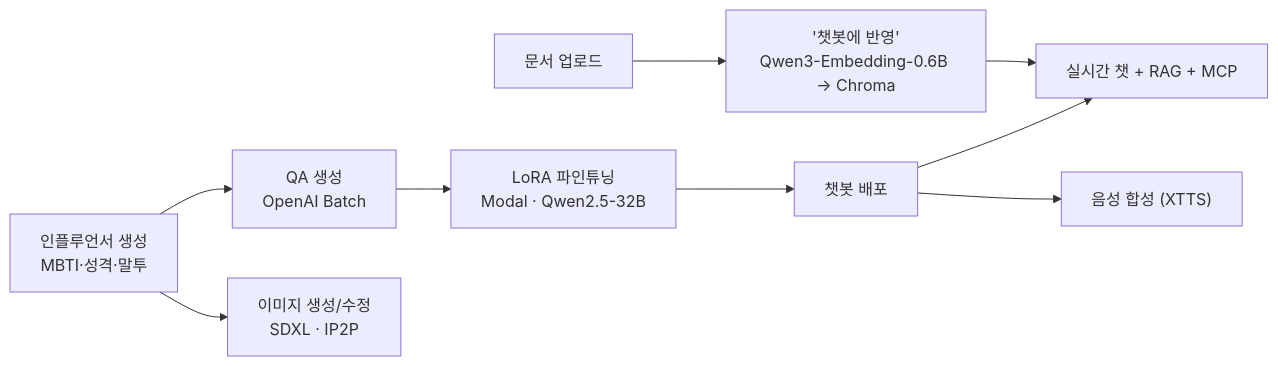
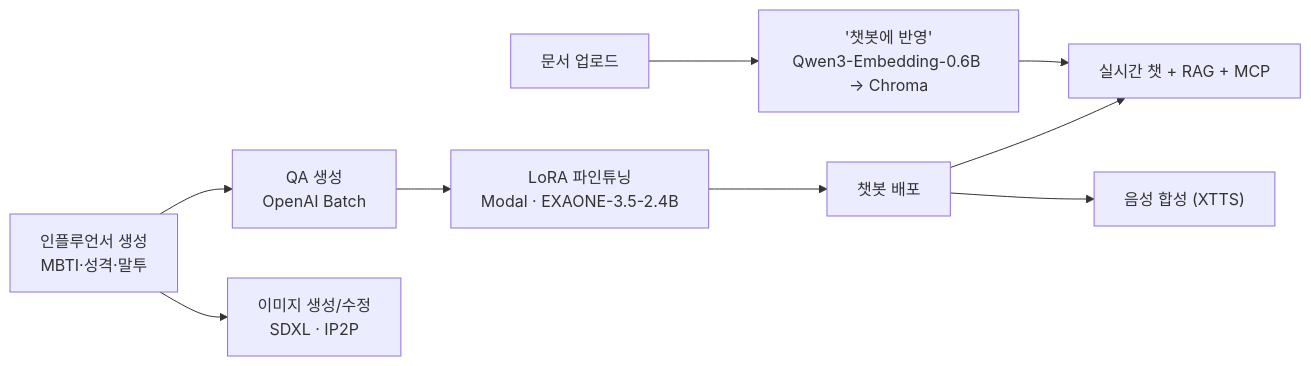
The second of 3 diagrams in README.md (GTU9/AIMEX), drawn with Mermaid before and after one commit. The commit also changed other lines of this file and 6 other files, not shown here.

````diff
--- a/README.md
+++ b/README.md
@@ -228,10 +228,10 @@
 ```mermaid
 flowchart LR
     A["인플루언서 생성<br/>MBTI·성격·말투"] --> B["QA 생성<br/>OpenAI Batch"]
-    B --> C["LoRA 파인튜닝<br/>Modal · Qwen2.5-32B"]
+    B --> C["LoRA 파인튜닝<br/>Modal · EXAONE-3.5-2.4B"]
     C --> D["챗봇 배포"]
     D --> E1["실시간 챗 + RAG + MCP"]
     D --> E2["음성 합성 (XTTS)"]
     A --> F["이미지 생성/수정<br/>SDXL · IP2P"]
     G["문서 업로드"] --> H["'챗봇에 반영'<br/>Qwen3-Embedding-0.6B → Chroma"] --> E1
 ```
````
